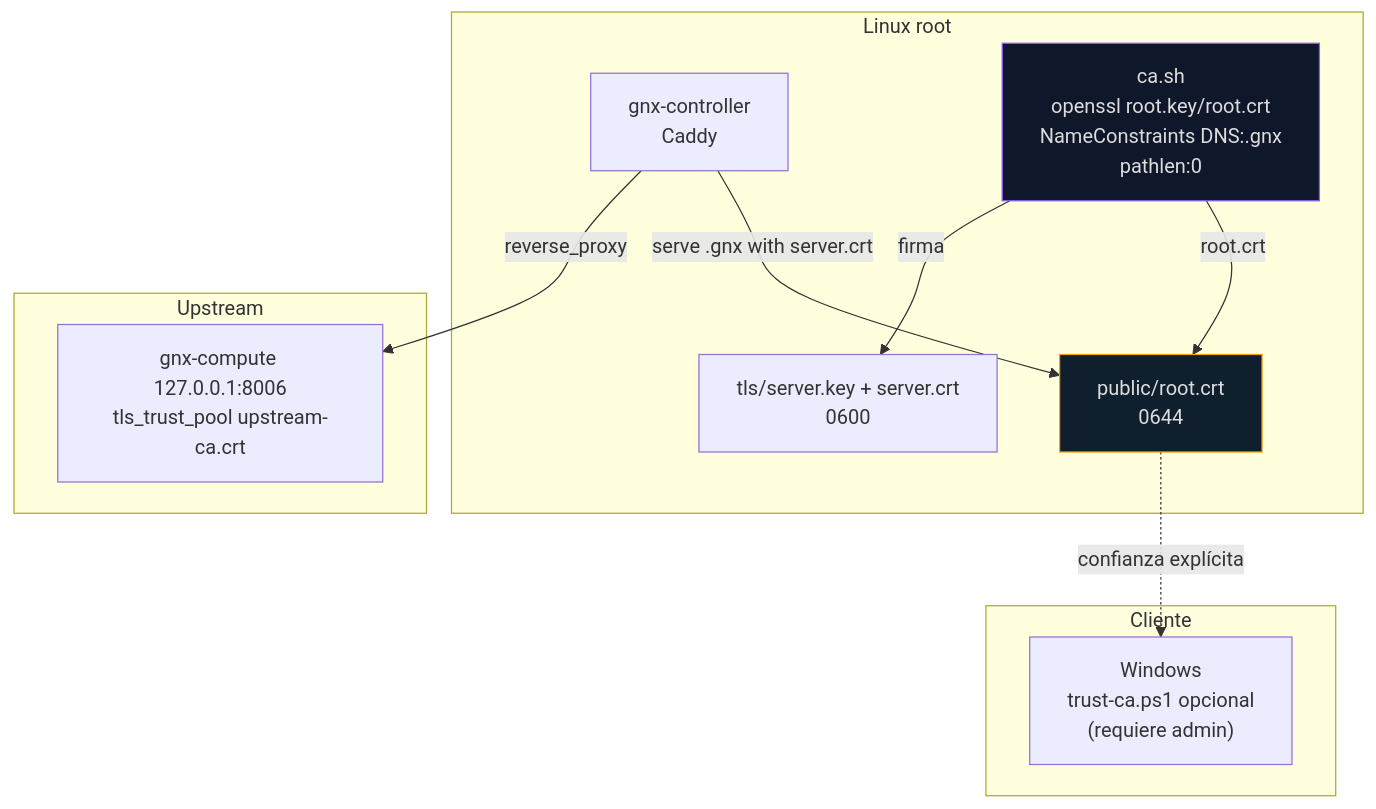
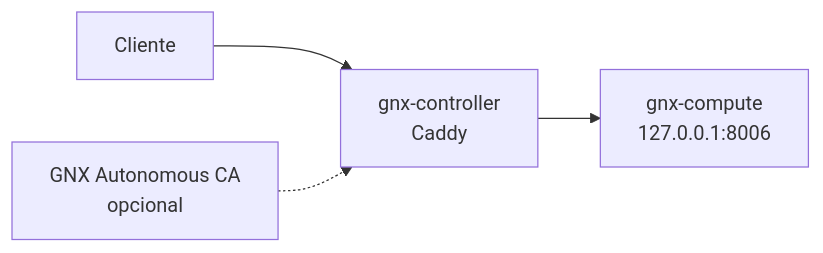
Before and after one commit to mayas-alas/quetzalcoatl: the fifth of 6 diagrams in docs/arquitectura.md, drawn with Mermaid. The commit also changed other lines of this file and 9 other files, not shown here.

````diff
--- a/docs/arquitectura.md
+++ b/docs/arquitectura.md
@@ -133,25 +202,7 @@
 ```mermaid
-flowchart TB
-    subgraph LINUXROOT["Linux root"]
-        CTRL["gnx-controller<br/>Caddy"]
-        CA["ca.sh<br/>openssl root.key/root.crt<br/>NameConstraints DNS:.gnx<br/>pathlen:0"]
-        TLS["tls/server.key + server.crt<br/>0600"]
-        PUB["public/root.crt<br/>0644"]
-    end
+flowchart LR
+    CLIENT["Cliente"] --> CTRL["gnx-controller<br/>Caddy"]
+    CTRL --> CMP["gnx-compute<br/>127.0.0.1:8006"]
 
-    subgraph CLIENT["Cliente"]
-        WIN["Windows<br/>trust-ca.ps1 opcional<br/>(requiere admin)"]
-    end
-
-    subgraph UPSTREAM["Upstream"]
-        CMP["gnx-compute 127.0.0.1:8006<br/>tls_trust_pool upstream-ca.crt"]
-    end
-
-    CA -->|"firma"| TLS
-    CA -->|"root.crt"| PUB
-    CTRL -->|"reverse_proxy"| CMP
-    CTRL -->|"serve .gnx with server.crt"| PUB
-    PUB -.->|"confianza explícita"| WIN
-    style CA fill:#0f172a,stroke:#8b5cf6,color:#ddd
-    style PUB fill:#0f1f2e,stroke:#f59e0b,color:#ddd
+    CA["GNX Autonomous CA<br/>opcional"] -.-> CTRL
 ```
````
